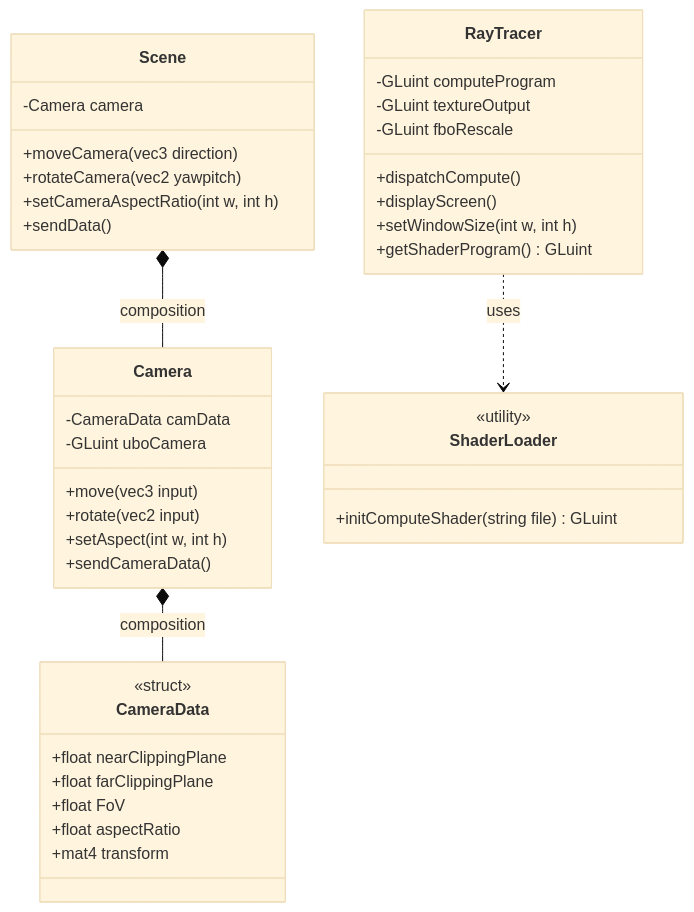
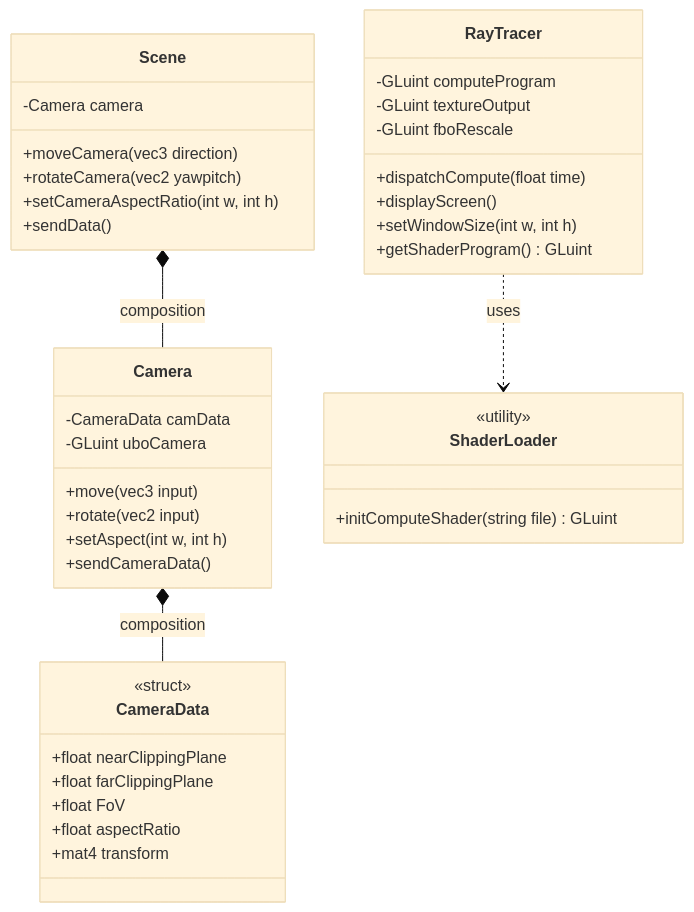
Before and after one commit to LEE-CHI-HSUAN/GL-Ray-Tracer: the second of 3 diagrams in doc/guide.md, drawn with Mermaid (base theme). The commit also changed 6 other files, not shown here.

````diff
--- a/doc/guide.md
+++ b/doc/guide.md
@@ -56,47 +56,47 @@
 ```mermaid
 classDiagram
     class RayTracer {
         -GLuint computeProgram
         -GLuint textureOutput
         -GLuint fboRescale
-        +dispatchCompute()
+        +dispatchCompute(float time)
         +displayScreen()
         +setWindowSize(int w, int h)
         +getShaderProgram() GLuint
     }
 
     class Scene {
         -Camera camera
         +moveCamera(vec3 direction)
         +rotateCamera(vec2 yawpitch)
         +setCameraAspectRatio(int w, int h)
         +sendData()
     }
 
     class Camera {
         -CameraData camData
         -GLuint uboCamera
         +move(vec3 input)
         +rotate(vec2 input)
         +setAspect(int w, int h)
         +sendCameraData()
     }
 
     class CameraData {
         <<struct>>
         +float nearClippingPlane
         +float farClippingPlane
         +float FoV
         +float aspectRatio
         +mat4 transform
     }
 
     class ShaderLoader {
         <<utility>>
         +initComputeShader(string file) GLuint
     }
 
     RayTracer ..> ShaderLoader : uses
     Scene *-- Camera : composition
     Camera *-- CameraData : composition
 ```
````
